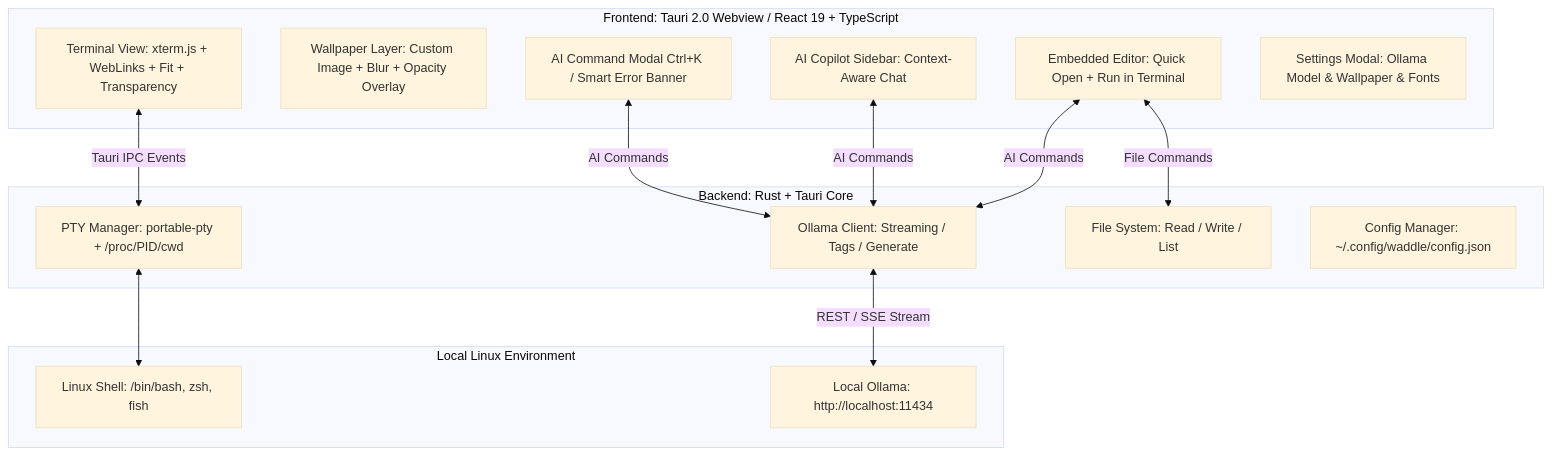
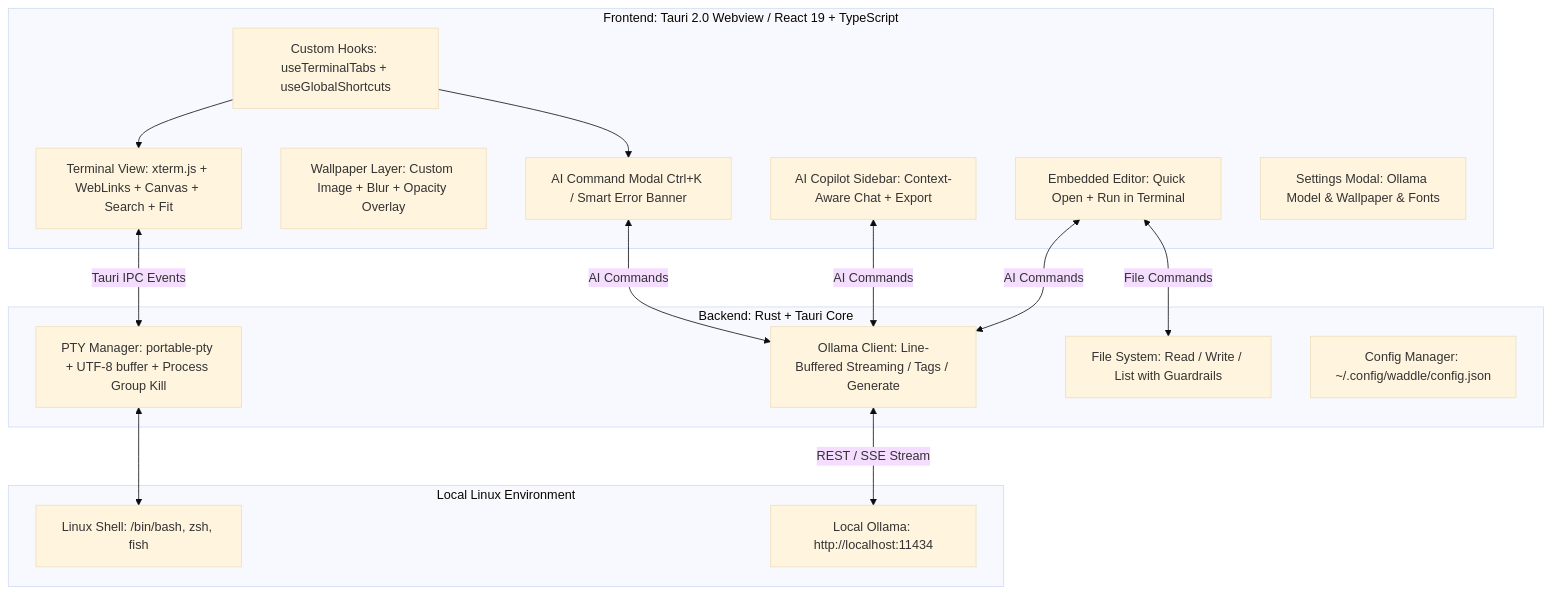
The diagram in README.md (wammed/Waddle), drawn with Mermaid (base theme) before and after one commit. The commit also changed other lines of this file and 34 other files, not shown here.

Commit message:
feat: implement terminal tab management and integrate xterm-addon-search

````diff
--- a/README.md
+++ b/README.md
@@ -174,29 +186,32 @@
 ```mermaid
 graph TD
     subgraph UI_Layer ["Frontend: Tauri 2.0 Webview / React 19 + TypeScript"]
-        TermView["Terminal View: xterm.js + WebLinks + Fit + Transparency"]
+        TermView["Terminal View: xterm.js + WebLinks + Canvas + Search + Fit"]
         WallLayer["Wallpaper Layer: Custom Image + Blur + Opacity Overlay"]
         Editor["Embedded Editor: Quick Open + Run in Terminal"]
         AIOverlay["AI Command Modal Ctrl+K / Smart Error Banner"]
-        Copilot["AI Copilot Sidebar: Context-Aware Chat"]
+        Copilot["AI Copilot Sidebar: Context-Aware Chat + Export"]
         Settings["Settings Modal: Ollama Model & Wallpaper & Fonts"]
+        Hooks["Custom Hooks: useTerminalTabs + useGlobalShortcuts"]
     end
 
     subgraph Rust_Backend ["Backend: Rust + Tauri Core"]
-        PtyMgr["PTY Manager: portable-pty + /proc/PID/cwd"]
-        AiCore["Ollama Client: Streaming / Tags / Generate"]
-        FileIO["File System: Read / Write / List"]
+        PtyMgr["PTY Manager: portable-pty + UTF-8 buffer + Process Group Kill"]
+        AiCore["Ollama Client: Line-Buffered Streaming / Tags / Generate"]
+        FileIO["File System: Read / Write / List with Guardrails"]
         ConfigMgr["Config Manager: ~/.config/waddle/config.json"]
     end
 
     subgraph System_Layer ["Local Linux Environment"]
         Shell["Linux Shell: /bin/bash, zsh, fish"]
         Ollama["Local Ollama: http://localhost:11434"]
     end
 
     TermView <-->|Tauri IPC Events| PtyMgr
     PtyMgr <--> Shell
     Editor <-->|File Commands| FileIO
     AIOverlay & Copilot & Editor <-->|AI Commands| AiCore
     AiCore <-->|REST / SSE Stream| Ollama
+    Hooks --> TermView
+    Hooks --> AIOverlay
 ```
````
